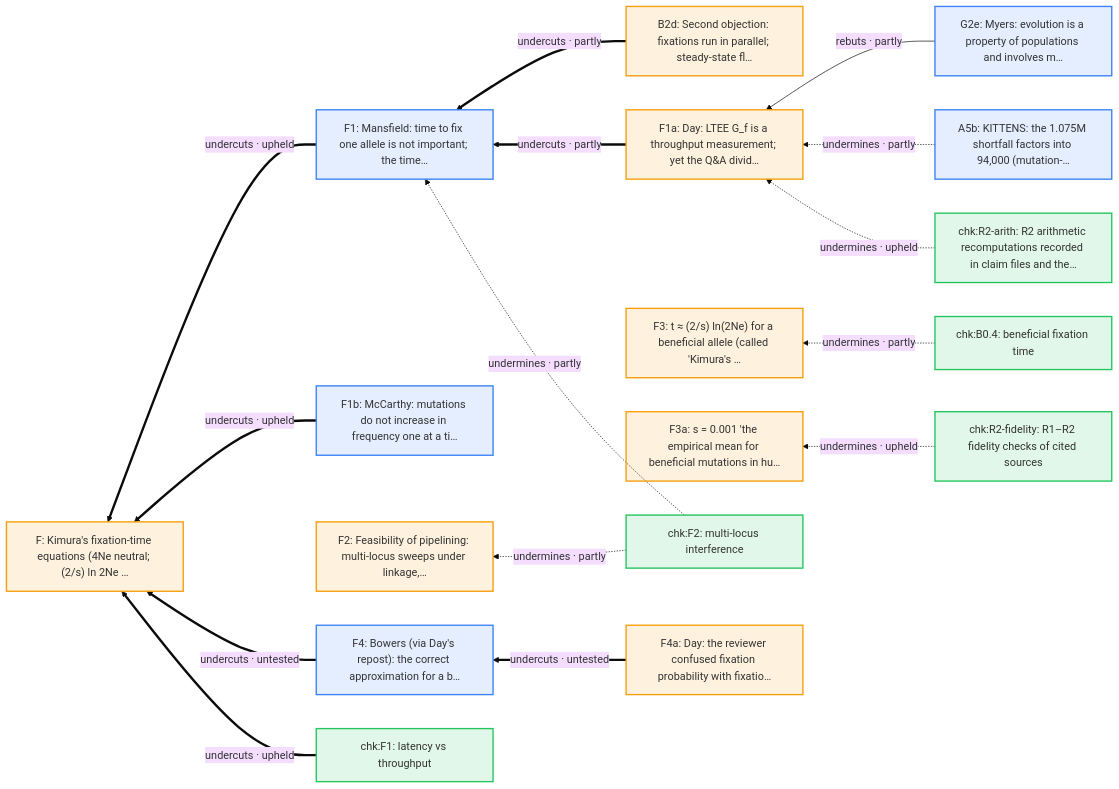
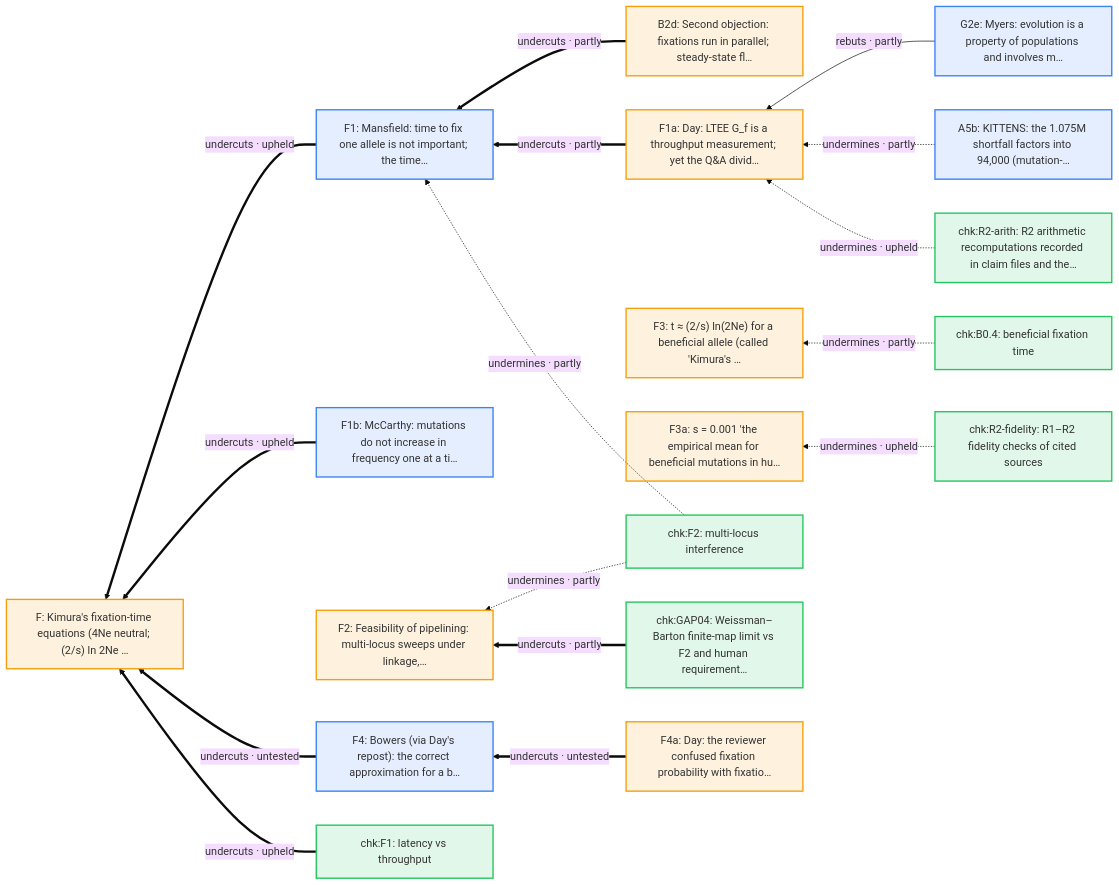
One commit to nickallevato/evo-sim changed the tenth of 15 diagrams in docs/arguments/defeaters.md. Above: the diagram before and after it, drawn with Mermaid (base theme). The commit also changed other lines of this file and 37 other files, not shown here.

First line of the commit message:
R4 GAP-04/07/02: finite-map cap, indel/SV event counts, sweep window (review #6)

````diff
--- a/docs/arguments/defeaters.md
+++ b/docs/arguments/defeaters.md
@@ -478,39 +485,41 @@
 ```mermaid
 flowchart RL
   classDef day fill:#f59e0b22,stroke:#f59e0b,stroke-width:2px
   classDef ally fill:#d9770622,stroke:#d97706,stroke-width:2px
   classDef critic fill:#3b82f622,stroke:#3b82f6,stroke-width:2px
   classDef literature fill:#a3a3a322,stroke:#a3a3a3,stroke-width:2px
   classDef audit fill:#22c55e22,stroke:#22c55e,stroke-width:2px
   A5b["A5b: KITTENS: the 1.075M shortfall factors into 94,000 (mutation-…"]:::critic
   B2d["B2d: Second objection: fixations run in parallel; steady-state fl…"]:::day
   F["F: Kimura's fixation-time equations (4Ne neutral; (2/s) ln 2Ne …"]:::day
   F1["F1: Mansfield: time to fix one allele is not important; the time…"]:::critic
   F1a["F1a: Day: LTEE G_f is a throughput measurement; yet the Q&A divid…"]:::day
   F1b["F1b: McCarthy: mutations do not increase in frequency one at a ti…"]:::critic
   F2["F2: Feasibility of pipelining: multi-locus sweeps under linkage,…"]:::day
   F3["F3: t ≈ (2/s) ln(2Ne) for a beneficial allele (called 'Kimura's …"]:::day
   F3a["F3a: s = 0.001 'the empirical mean for beneficial mutations in hu…"]:::day
   F4["F4: Bowers (via Day's repost): the correct approximation for a b…"]:::critic
   F4a["F4a: Day: the reviewer confused fixation probability with fixatio…"]:::day
   G2e["G2e: Myers: evolution is a property of populations and involves m…"]:::critic
   chk_B0_4["chk:B0.4: beneficial fixation time"]:::audit
   chk_F1["chk:F1: latency vs throughput"]:::audit
   chk_F2["chk:F2: multi-locus interference"]:::audit
+  chk_GAP04["chk:GAP04: Weissman–Barton finite-map limit vs F2 and human requirement…"]:::audit
   chk_R2_arith["chk:R2-arith: R2 arithmetic recomputations recorded in claim files and the…"]:::audit
   chk_R2_fidelity["chk:R2-fidelity: R1–R2 fidelity checks of cited sources"]:::audit
   F1 ==>|"undercuts · upheld"| F
   F1b ==>|"undercuts · upheld"| F
   F4 ==>|"undercuts · untested"| F
   chk_F1 ==>|"undercuts · upheld"| F
   B2d ==>|"undercuts · partly"| F1
   F1a ==>|"undercuts · partly"| F1
   chk_F2 -.->|"undermines · partly"| F1
   chk_F2 -.->|"undermines · partly"| F2
+  chk_GAP04 ==>|"undercuts · partly"| F2
   chk_B0_4 -.->|"undermines · partly"| F3
   F4a ==>|"undercuts · untested"| F4
   G2e -->|"rebuts · partly"| F1a
   A5b -.->|"undermines · partly"| F1a
   chk_R2_arith -.->|"undermines · upheld"| F1a
   chk_R2_fidelity -.->|"undermines · upheld"| F3a
 ```
````
